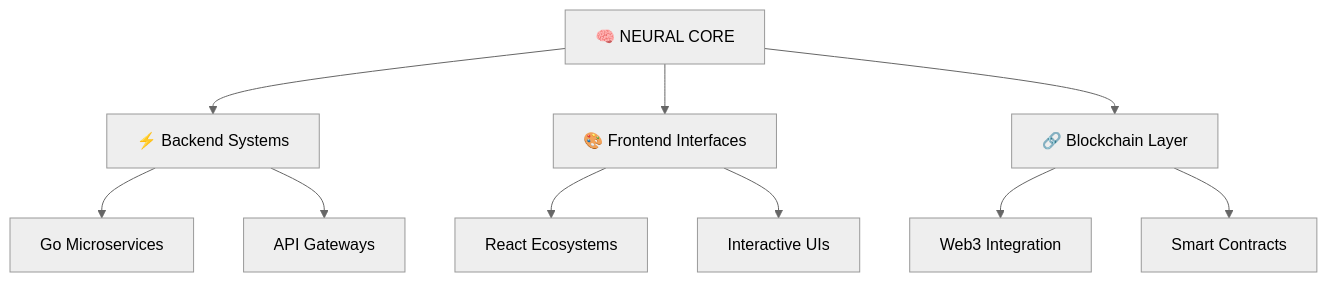
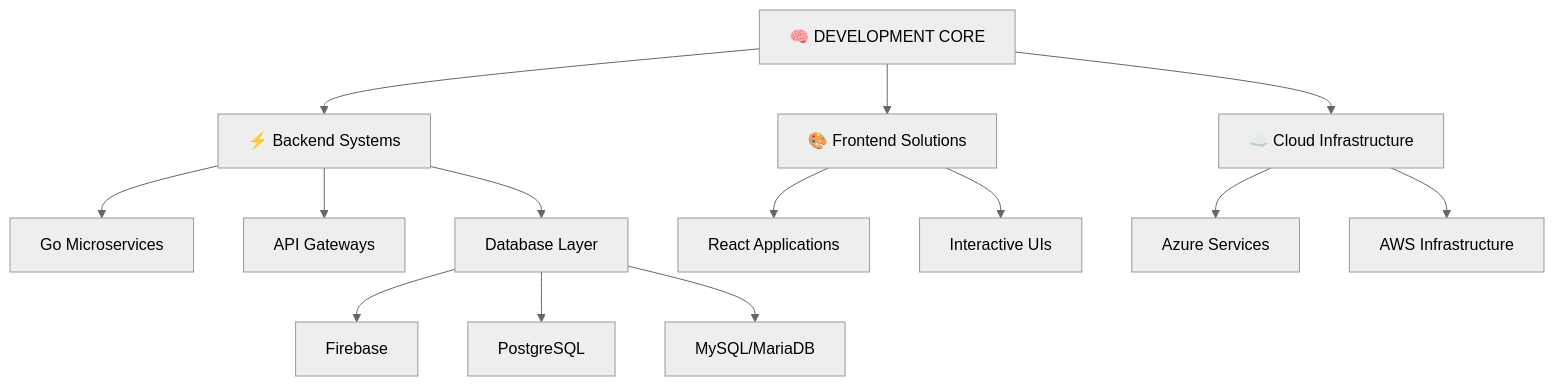
Before and after one commit to itsramaa/itsramaa: the diagram in readme.MD, drawn with Mermaid (neutral theme). The commit also changed other lines of this file, not shown here.

````diff
--- a/readme.MD
+++ b/readme.MD
@@ -28,12 +21,16 @@
 ```mermaid
 graph TD
-    A[🧠 NEURAL CORE] --> B[⚡ Backend Systems]
-    A --> C[🎨 Frontend Interfaces] 
-    A --> D[🔗 Blockchain Layer]
+    A[🧠 DEVELOPMENT CORE] --> B[⚡ Backend Systems]
+    A --> C[🎨 Frontend Solutions] 
+    A --> D[☁️ Cloud Infrastructure]
     B --> E[Go Microservices]
     B --> F[API Gateways]
-    C --> G[React Ecosystems]
-    C --> H[Interactive UIs]
-    D --> I[Web3 Integration]
-    D --> J[Smart Contracts]
+    B --> G[Database Layer]
+    C --> H[React Applications]
+    C --> I[Interactive UIs]
+    D --> J[Azure Services]
+    D --> K[AWS Infrastructure]
+    G --> L[Firebase]
+    G --> M[PostgreSQL]
+    G --> N[MySQL/MariaDB]
 ```
````
